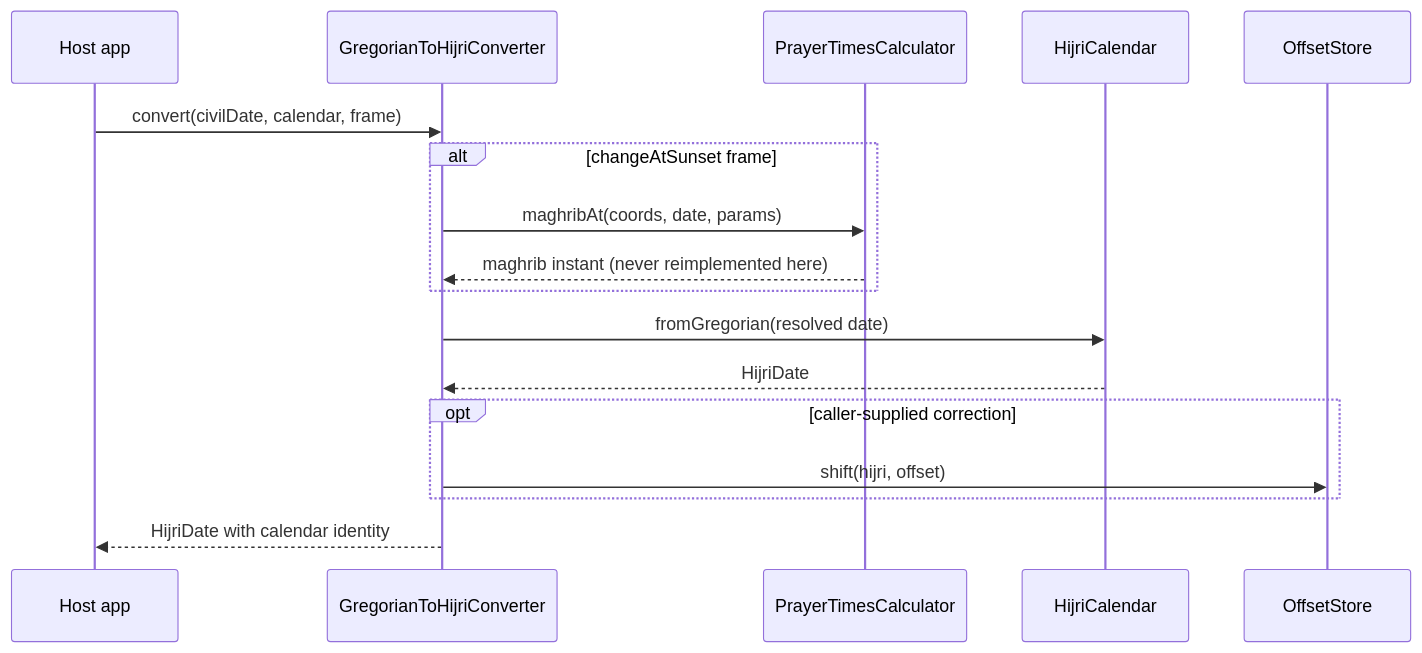
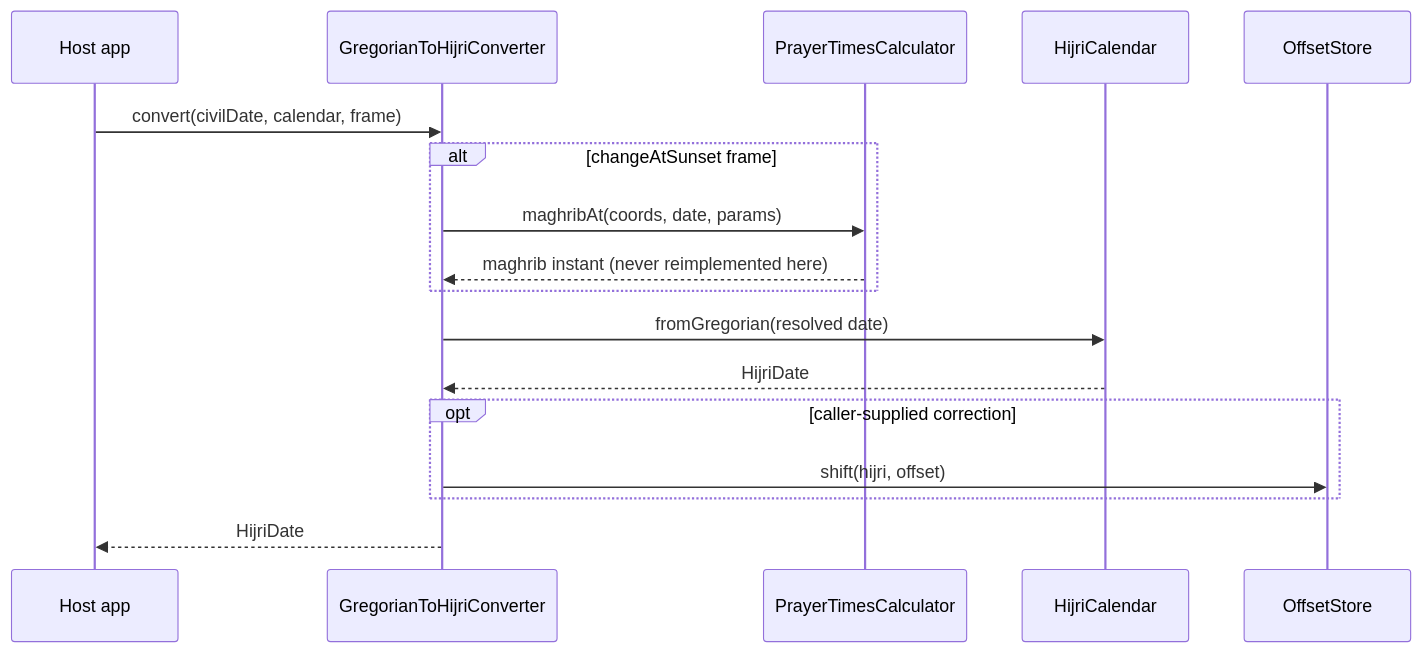
Before and after one commit to Al-Falaq/al-falaq: the seventh of 10 diagrams in ARCHITECTURE.md, drawn with Mermaid. The commit also changed other lines of this file and 24 other files, not shown here.

````diff
--- a/ARCHITECTURE.md
+++ b/ARCHITECTURE.md
@@ -344,19 +344,19 @@
 ```mermaid
 sequenceDiagram
     participant H as Host app
     participant G as GregorianToHijriConverter
     participant P as PrayerTimesCalculator
     participant K as HijriCalendar
     participant O as OffsetStore
     H->>G: convert(civilDate, calendar, frame)
     alt changeAtSunset frame
         G->>P: maghribAt(coords, date, params)
         P-->>G: maghrib instant (never reimplemented here)
     end
     G->>K: fromGregorian(resolved date)
     K-->>G: HijriDate
     opt caller-supplied correction
         G->>O: shift(hijri, offset)
     end
-    G-->>H: HijriDate with calendar identity
+    G-->>H: HijriDate
 ```
````
